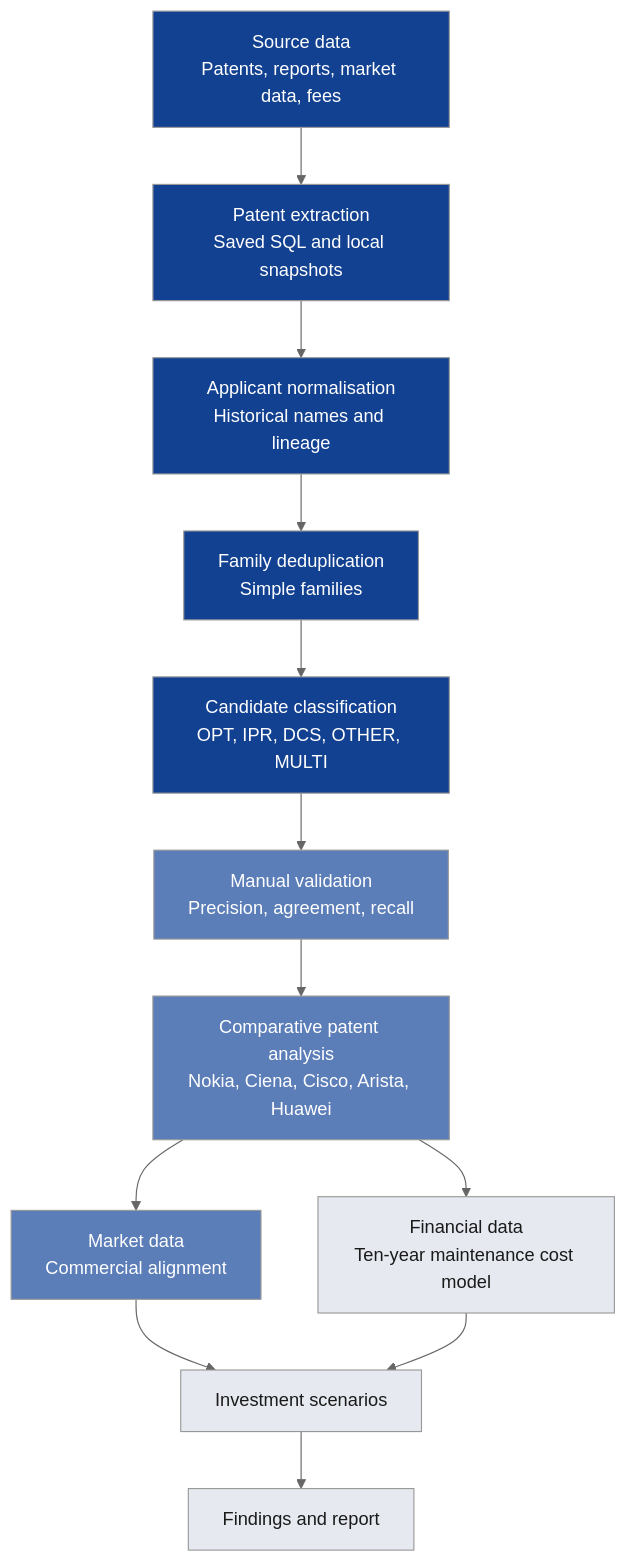
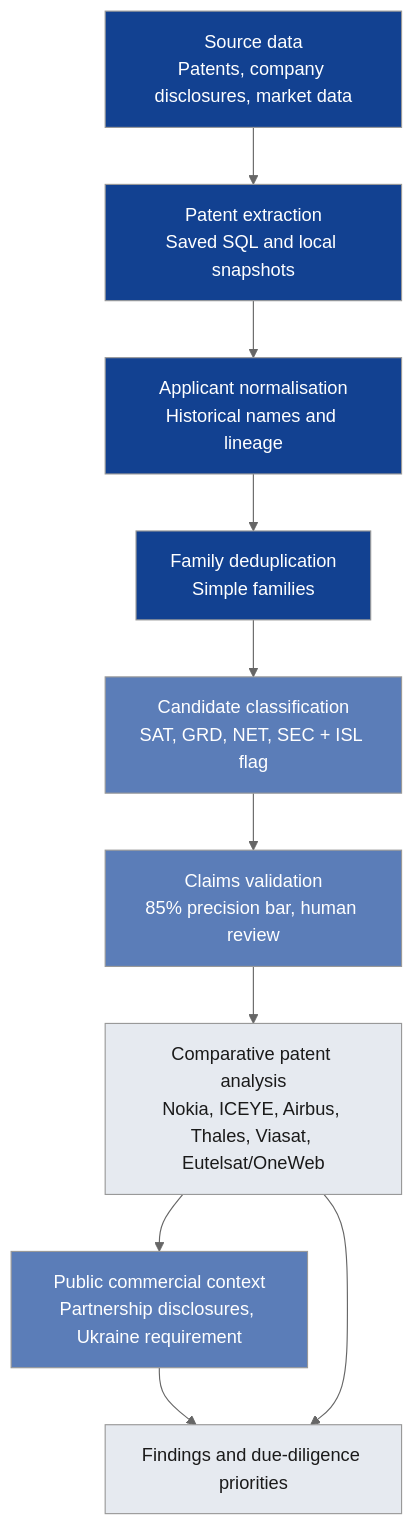
Before and after one commit to smyrnav/patent-portfolio-analysis: the diagram in docs/01-research-design/research-design.md, drawn with Mermaid (neutral theme). The commit also changed other lines of this file and 31 other files, not shown here.

````diff
--- a/docs/01-research-design/research-design.md
+++ b/docs/01-research-design/research-design.md
@@ -24,25 +37,21 @@
 ```mermaid
 flowchart TD
-    A["Source data<br/>Patents, reports, market data, fees"] --> B["Patent extraction<br/>Saved SQL and local snapshots"]
+    A["Source data<br/>Patents, company disclosures, market data"] --> B["Patent extraction<br/>Saved SQL and local snapshots"]
     B --> C["Applicant normalisation<br/>Historical names and lineage"]
     C --> D["Family deduplication<br/>Simple families"]
-    D --> E["Candidate classification<br/>OPT, IPR, DCS, OTHER, MULTI"]
-    E --> F["Manual validation<br/>Precision, agreement, recall"]
-    F --> G["Comparative patent analysis<br/>Nokia, Ciena, Cisco, Arista, Huawei"]
-    G --> H["Market data<br/>Commercial alignment"]
-    G --> I["Financial data<br/>Ten-year maintenance cost model"]
-    H --> J["Investment scenarios"]
-    I --> J
-    J --> K["Findings and report"]
+    D --> E["Candidate classification<br/>SAT, GRD, NET, SEC + ISL flag"]
+    E --> F["Claims validation<br/>85% precision bar, human review"]
+    F --> G["Comparative patent analysis<br/>Nokia, ICEYE, Airbus, Thales, Viasat, Eutelsat/OneWeb"]
+    G --> H["Public commercial context<br/>Partnership disclosures, Ukraine requirement"]
+    H --> J["Findings and due-diligence priorities"]
+    G --> J
     style A fill:#124191,color:#ffffff
     style B fill:#124191,color:#ffffff
     style C fill:#124191,color:#ffffff
     style D fill:#124191,color:#ffffff
-    style E fill:#124191,color:#ffffff
+    style E fill:#5B7DB8,color:#ffffff
     style F fill:#5B7DB8,color:#ffffff
-    style G fill:#5B7DB8,color:#ffffff
+    style G fill:#E6EAF0,color:#1A1A1A
     style H fill:#5B7DB8,color:#ffffff
-    style I fill:#E6EAF0,color:#1A1A1A
     style J fill:#E6EAF0,color:#1A1A1A
-    style K fill:#E6EAF0,color:#1A1A1A
 ```
````
